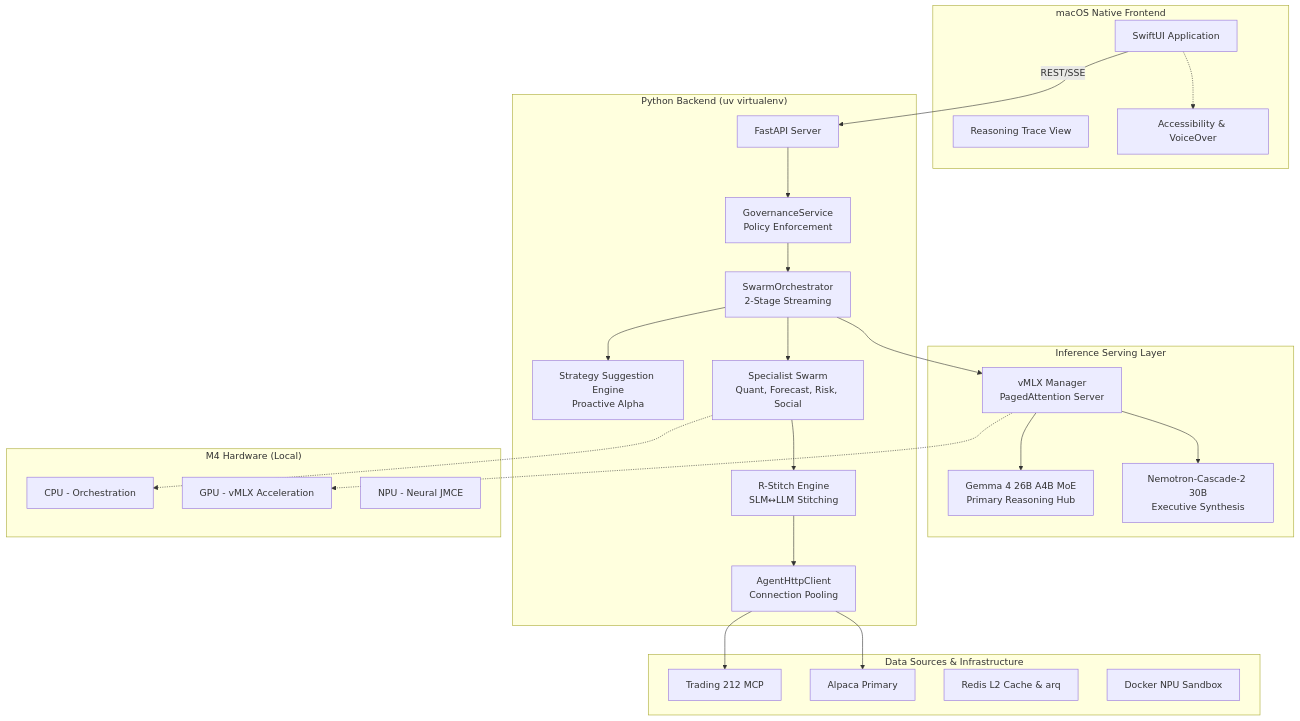
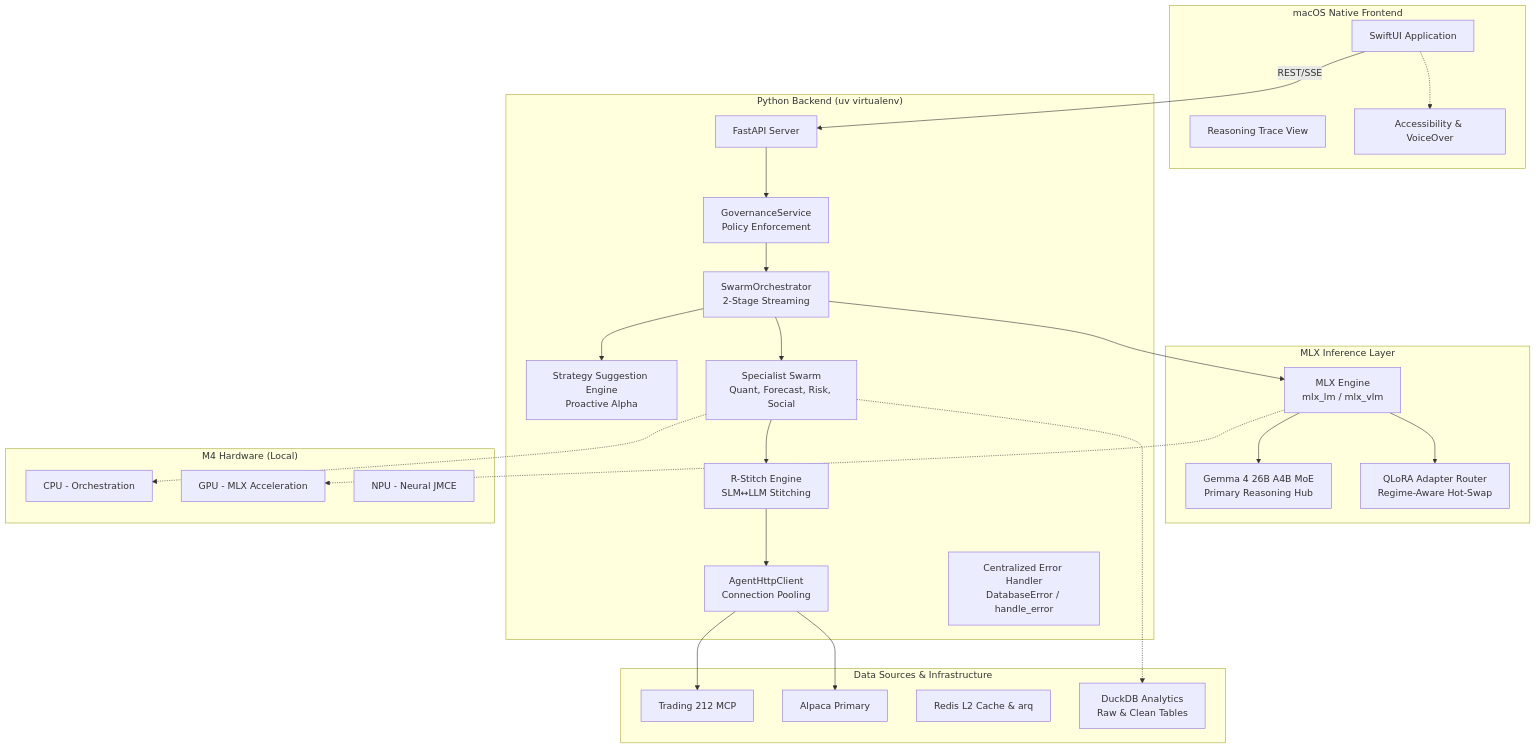
The diagram in README.md (sank29mane/growin-app), drawn with Mermaid before and after one commit. The commit also changed other lines of this file and 15 other files, not shown here.

````diff
--- a/README.md
+++ b/README.md
@@ -19,55 +18,57 @@
 ```mermaid
 graph TB
     subgraph "macOS Native Frontend"
         UI[SwiftUI Application]
         RV[Reasoning Trace View]
         ACC[Accessibility & VoiceOver]
     end
 
-    subgraph "Inference Serving Layer"
-        VMLX[vMLX Manager<br/>PagedAttention Server]
+    subgraph "MLX Inference Layer"
+        MLX[MLX Engine<br/>mlx_lm / mlx_vlm]
         GEMMA4[Gemma 4 26B A4B MoE<br/>Primary Reasoning Hub]
-        NEMOTRON[Nemotron-Cascade-2 30B<br/>Executive Synthesis]
+        ADAPT[QLoRA Adapter Router<br/>Regime-Aware Hot-Swap]
     end
 
     subgraph "Python Backend (uv virtualenv)"
         API[FastAPI Server]
         ORCH[SwarmOrchestrator<br/>2-Stage Streaming]
         GOV[GovernanceService<br/>Policy Enforcement]
         STRAT[Strategy Suggestion Engine<br/>Proactive Alpha]
         SWARM[Specialist Swarm<br/>Quant, Forecast, Risk, Social]
         RSTITCH[R-Stitch Engine<br/>SLM↔LLM Stitching]
         POOL[AgentHttpClient<br/>Connection Pooling]
+        ERR[Centralized Error Handler<br/>DatabaseError / handle_error]
     end
 
     subgraph "Data Sources & Infrastructure"
         T212[Trading 212 MCP]
         ALP[Alpaca Primary]
         REDIS[Redis L2 Cache & arq]
-        DOCKER[Docker NPU Sandbox]
+        DUCK[DuckDB Analytics<br/>Raw & Clean Tables]
     end
 
     subgraph "M4 Hardware (Local)"
         AMX[CPU - Orchestration]
-        METAL[GPU - vMLX Acceleration]
+        METAL[GPU - MLX Acceleration]
         ANE[NPU - Neural JMCE]
     end
 
     UI -->|REST/SSE| API
     API --> GOV
     GOV --> ORCH
     ORCH --> STRAT
     ORCH --> SWARM
     SWARM --> RSTITCH
     RSTITCH --> POOL
     POOL --> T212
     POOL --> ALP
     
-    VMLX --> GEMMA4
-    VMLX --> NEMOTRON
-    ORCH --> VMLX
+    MLX --> GEMMA4
+    MLX --> ADAPT
+    ORCH --> MLX
     
-    VMLX -.-> METAL
+    MLX -.-> METAL
     SWARM -.-> AMX
     UI -.-> ACC
+    SWARM -.-> DUCK
 ```
````
